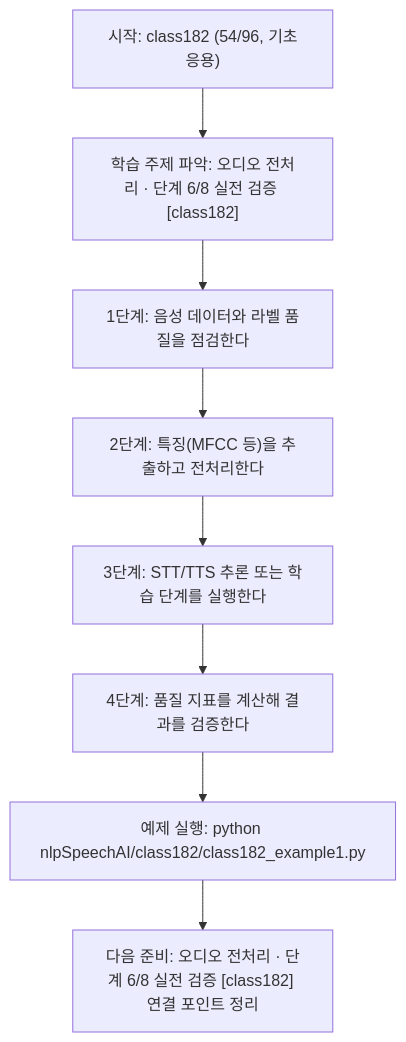
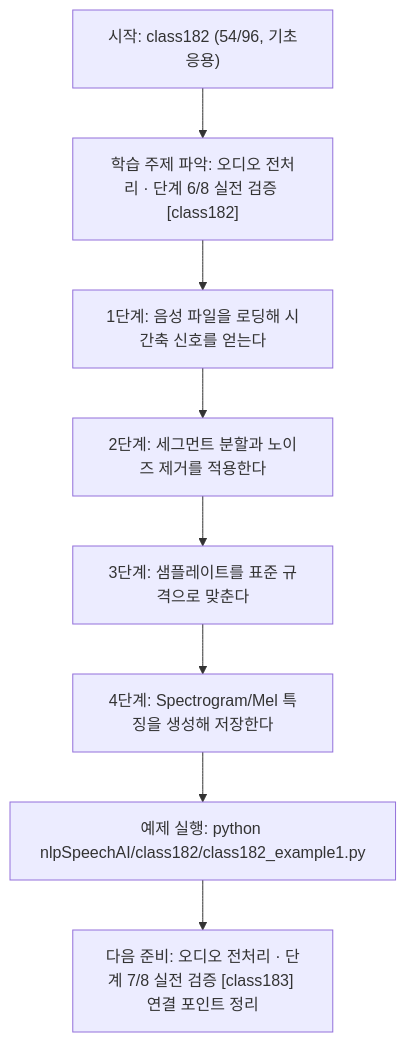
One commit to edumgt/Python-AI_Agent-Class changed the diagram in nlpSpeechAI/class182/class182.md. Above: the diagram before and after it, drawn with Mermaid. The commit also changed other lines of this file and 1122 other files, not shown here.

````diff
--- a/nlpSpeechAI/class182/class182.md
+++ b/nlpSpeechAI/class182/class182.md
@@ -113,18 +95,18 @@
 ```mermaid
 flowchart TD
 N1["시작: class182 (54/96, 기초응용)"]
 N2["학습 주제 파악: 오디오 전처리 · 단계 6/8 실전 검증 [class182]"]
-N3["1단계: 음성 데이터와 라벨 품질을 점검한다"]
-N4["2단계: 특징(MFCC 등)을 추출하고 전처리한다"]
-N5["3단계: STT/TTS 추론 또는 학습 단계를 실행한다"]
-N6["4단계: 품질 지표를 계산해 결과를 검증한다"]
+N3["1단계: 음성 파일을 로딩해 시간축 신호를 얻는다"]
+N4["2단계: 세그먼트 분할과 노이즈 제거를 적용한다"]
+N5["3단계: 샘플레이트를 표준 규격으로 맞춘다"]
+N6["4단계: Spectrogram/Mel 특징을 생성해 저장한다"]
 N7["예제 실행: python nlpSpeechAI/class182/class182_example1.py"]
-N8["다음 준비: 오디오 전처리 · 단계 6/8 실전 검증 [class182] 연결 포인트 정리"]
+N8["다음 준비: 오디오 전처리 · 단계 7/8 실전 검증 [class183] 연결 포인트 정리"]
 N1 --> N2
 N2 --> N3
 N3 --> N4
 N4 --> N5
 N5 --> N6
 N6 --> N7
 N7 --> N8
 ```
````
